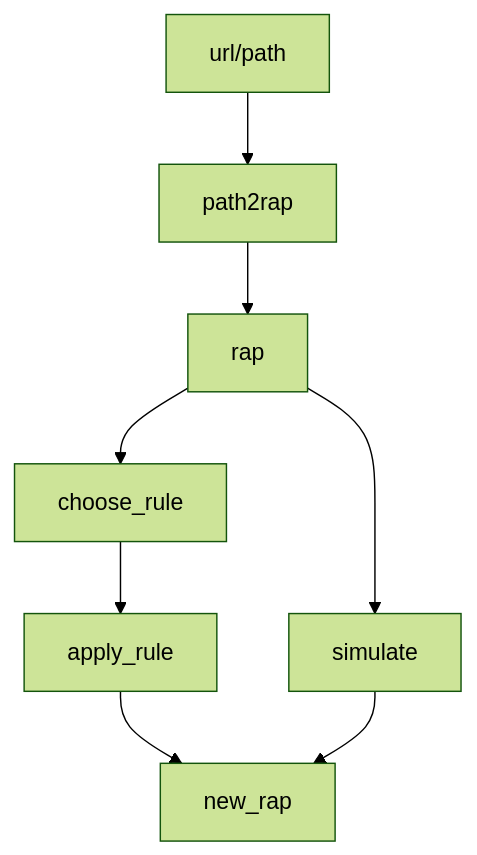
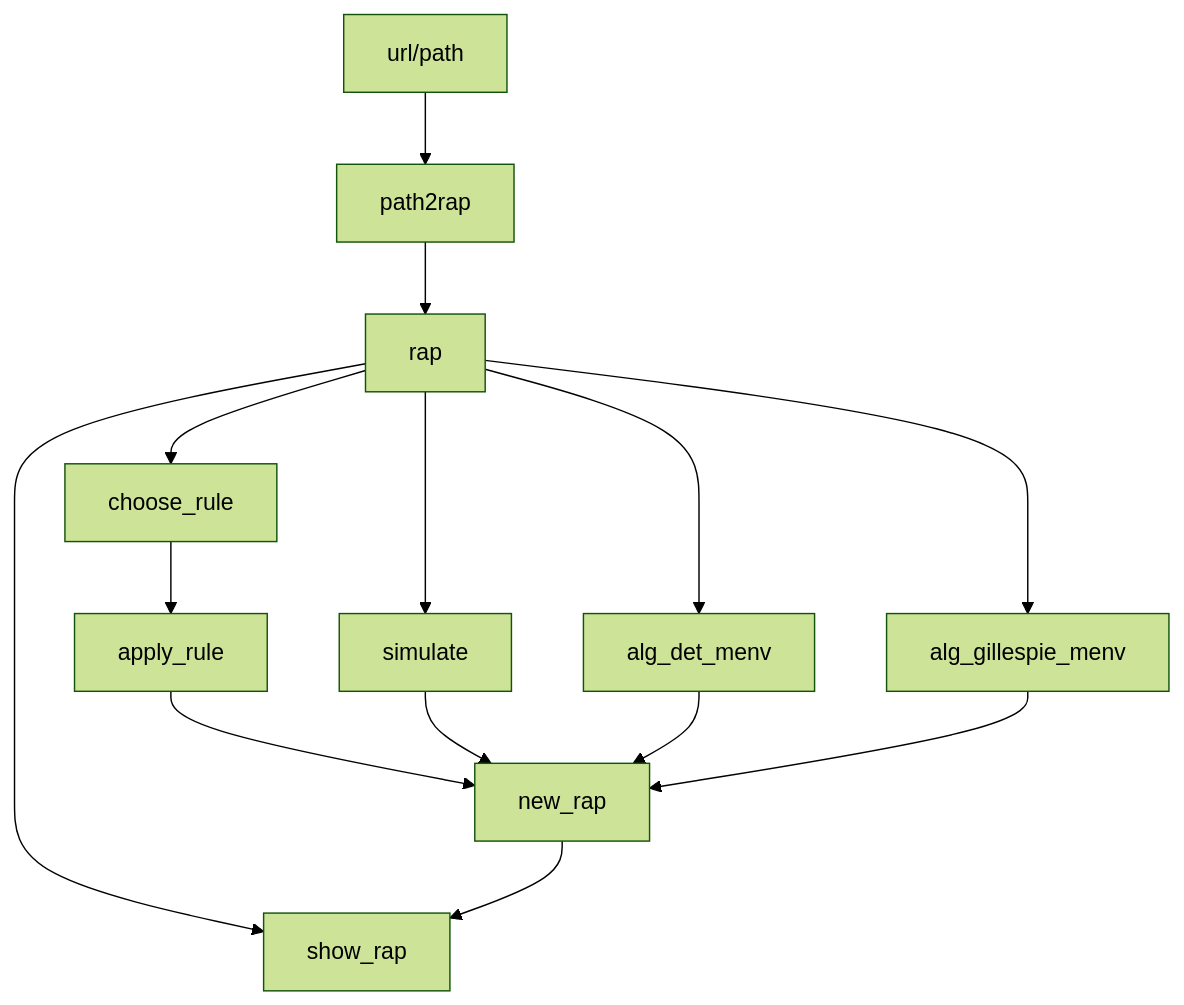
One commit to RodGal-2020/RAPS changed the diagram in README.md. Above: the diagram before and after it, drawn with Mermaid (forest theme). The commit also changed other lines of this file, not shown here.

````diff
--- a/README.md
+++ b/README.md
@@ -17,12 +17,20 @@
 ```mermaid
   graph TD;
       url/path-->path2rap;
       path2rap-->rap;
       
       rap-->choose_rule;
       choose_rule-->apply_rule;
       apply_rule-->new_rap;
 
       rap-->simulate;
       simulate-->new_rap;
+
+      rap-->alg_gillespie_menv;
+      rap-->alg_det_menv;
+      alg_det_menv-->new_rap;
+      alg_gillespie_menv-->new_rap;
+
+      rap-->show_rap;
+      new_rap-->show_rap;
 ```
````
